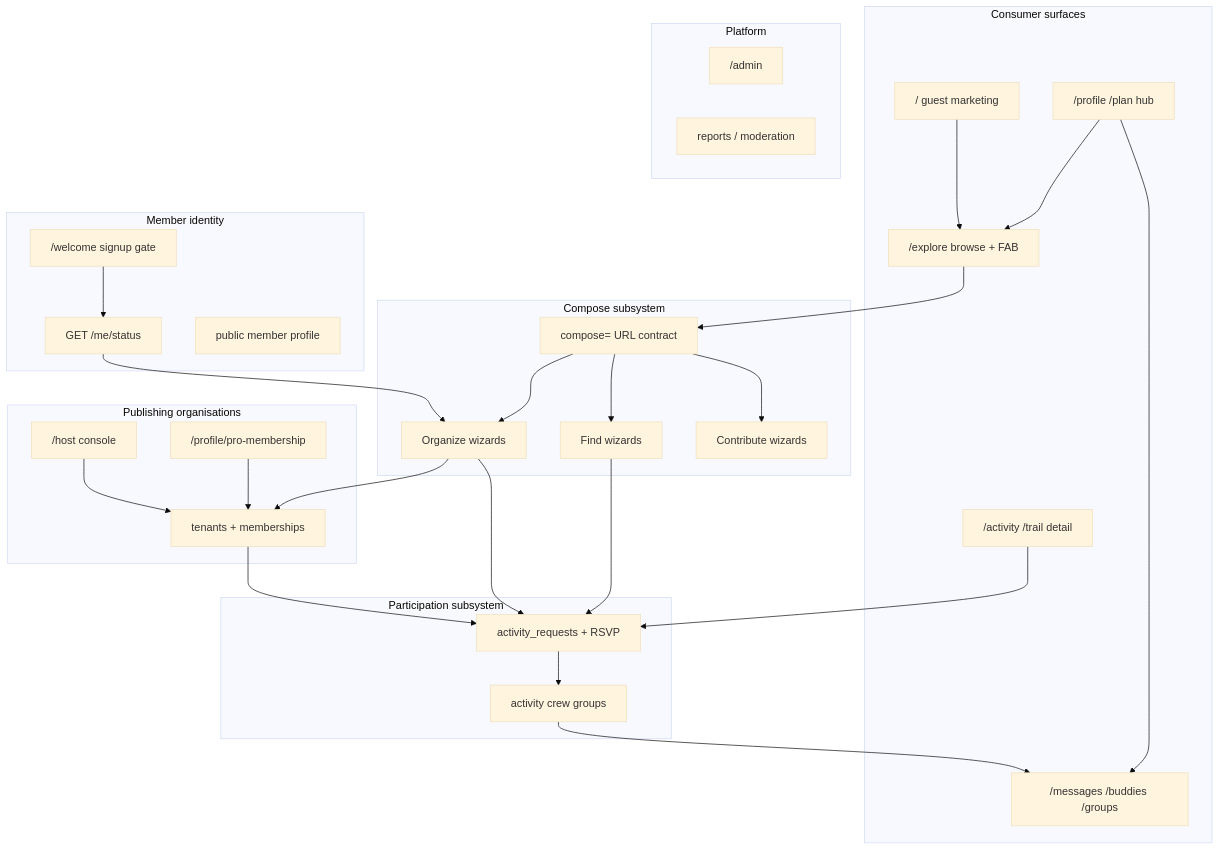
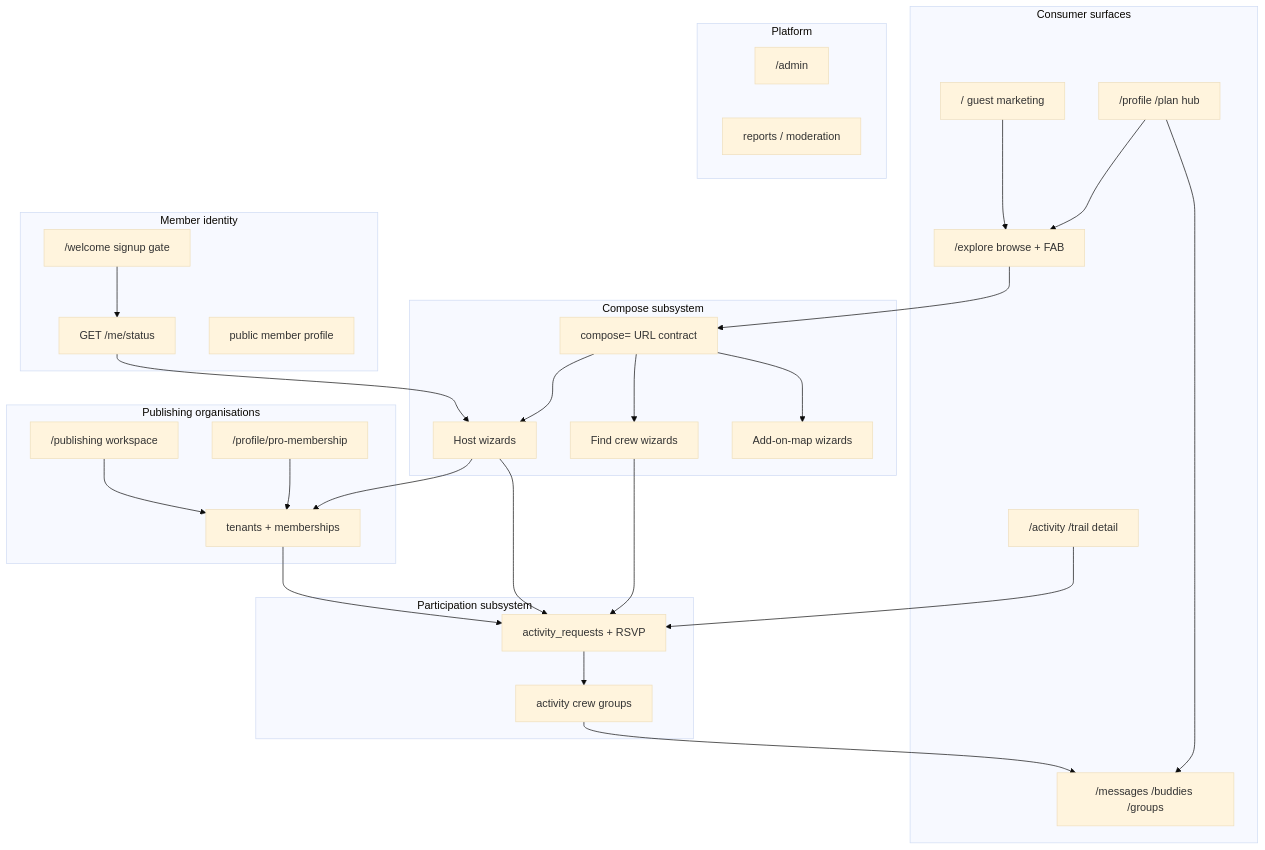
One commit to rajpurchasync/UAEtrail changed the first of 2 diagrams in docs/SYSTEM_COHERENCE.md. Above: the diagram before and after it, drawn with Mermaid (base theme). The commit also changed other lines of this file and 118 other files, not shown here.

````diff
--- a/docs/SYSTEM_COHERENCE.md
+++ b/docs/SYSTEM_COHERENCE.md
@@ -29,58 +29,58 @@
 ```mermaid
 flowchart TB
   subgraph surfaces [Consumer surfaces]
     M["/ guest marketing"]
     E["/explore browse + FAB"]
     P["/profile /plan hub"]
     D["/activity /trail detail"]
     MSG["/messages /buddies /groups"]
   end
 
   subgraph compose [Compose subsystem]
     FAB["compose= URL contract"]
-    ORG["Organize wizards"]
-    FIND["Find wizards"]
-    ADD["Contribute wizards"]
+    ORG["Host wizards"]
+    FIND["Find crew wizards"]
+    ADD["Add-on-map wizards"]
   end
 
   subgraph participation [Participation subsystem]
     JOIN["activity_requests + RSVP"]
     CREW["activity crew groups"]
   end
 
   subgraph identity [Member identity]
     WEL["/welcome signup gate"]
     HS["GET /me/status"]
     PUB["public member profile"]
   end
 
   subgraph publishing [Publishing organisations]
     TEN["tenants + memberships"]
-    HOST["/host console"]
+    HOST["/publishing workspace"]
     PRO["/profile/pro-membership"]
   end
 
   subgraph platform [Platform]
     ADM["/admin"]
     MOD["reports / moderation"]
   end
 
   M --> E
   E --> FAB
   FAB --> ORG
   FAB --> FIND
   FAB --> ADD
   ORG --> TEN
   ORG --> JOIN
   FIND --> JOIN
   D --> JOIN
   JOIN --> CREW
   CREW --> MSG
   WEL --> HS
   HS --> ORG
   PRO --> TEN
   HOST --> TEN
   TEN --> JOIN
   P --> E
   P --> MSG
 ```
````
